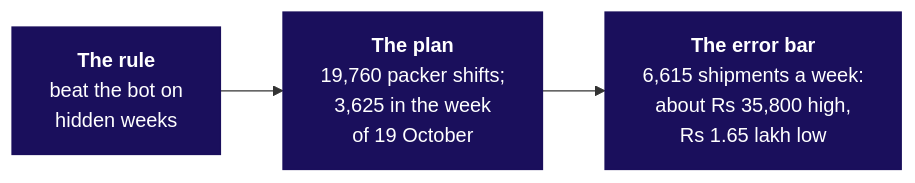
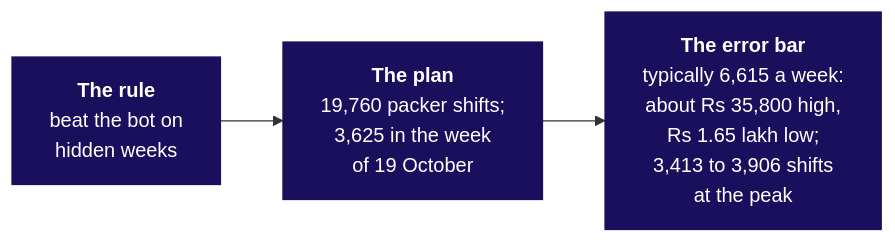
The seventh of 7 diagrams in content/W04/D5/whiteboards/C2_W04_D05_board_work_STUDENT.md (fde-academy-lab/c2-content-factory), drawn with Mermaid before and after one commit. The commit also changed other lines of this file and 5 other files, not shown here.

````diff
--- a/content/W04/D5/whiteboards/C2_W04_D05_board_work_STUDENT.md
+++ b/content/W04/D5/whiteboards/C2_W04_D05_board_work_STUDENT.md
@@ -132,7 +139,7 @@
 ```mermaid
 flowchart LR
     R["<b>The rule</b><br/>beat the bot on<br/>hidden weeks"] --> PL["<b>The plan</b><br/>19,760 packer shifts;<br/>3,625 in the week<br/>of 19 October"]
-    PL --> E["<b>The error bar</b><br/>6,615 shipments a week:<br/>about Rs 35,800 high,<br/>Rs 1.65 lakh low"]
+    PL --> E["<b>The error bar</b><br/>typically 6,615 a week:<br/>about Rs 35,800 high,<br/>Rs 1.65 lakh low;<br/>3,413 to 3,906 shifts<br/>at the peak"]
     classDef lit fill:#1A0F5C,stroke:#1A0F5C,color:#FFFFFF
     class R,PL,E lit
 ```
````
